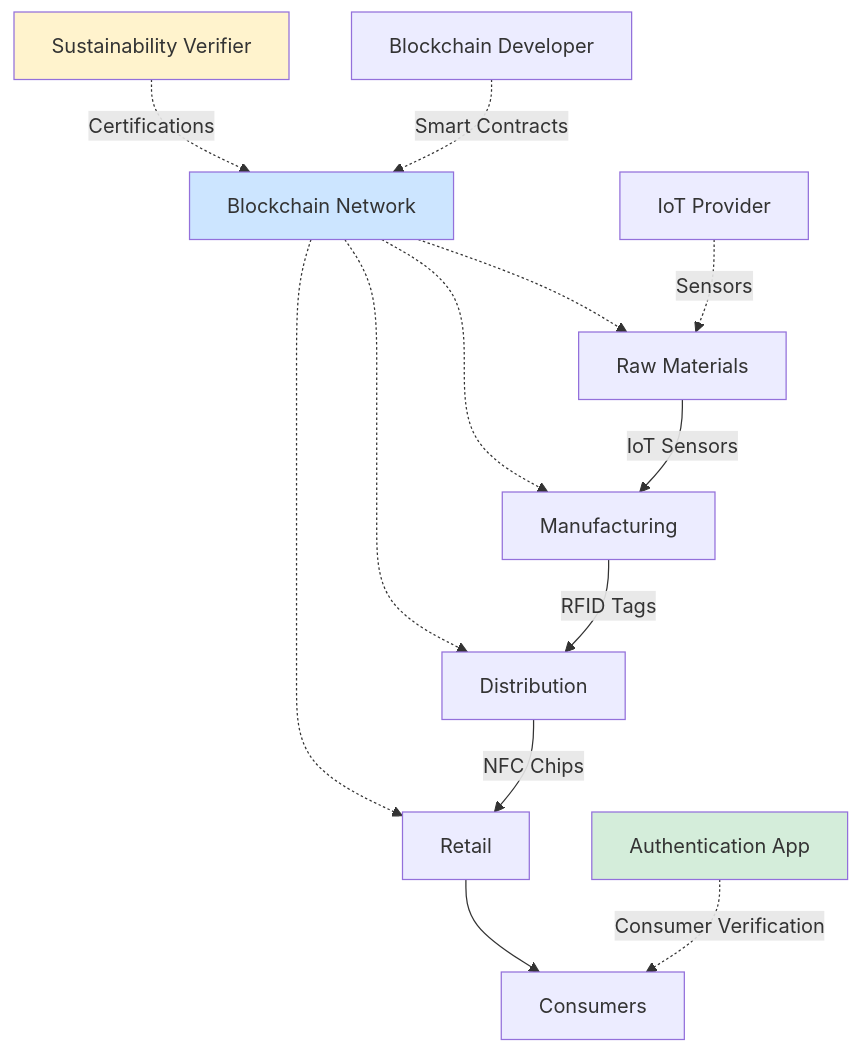
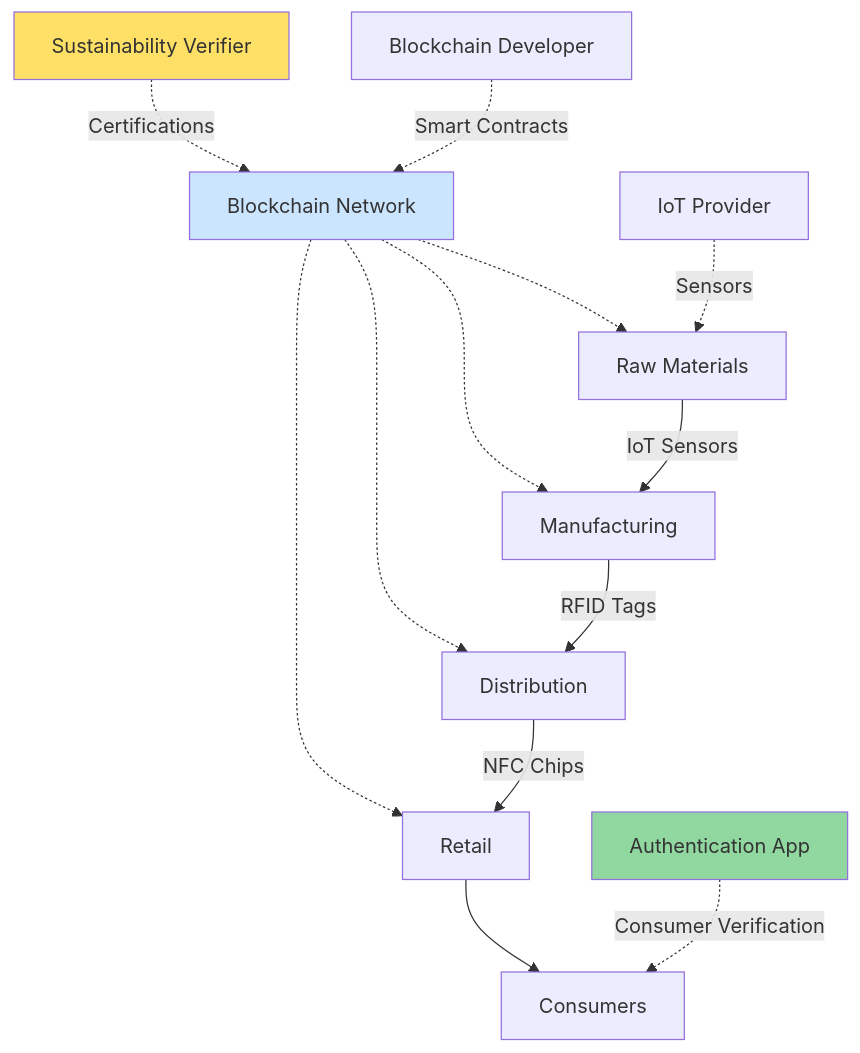
One commit to ljg-cqu/knowledge changed diagram 13 of 23 in Industry/Blockchain/Blockchain/ValueChain/QA_MistralAI.md. Above: the diagram before and after it, drawn with Mermaid. The commit also changed other lines of this file and 6 other files, not shown here.

````diff
--- a/Industry/Blockchain/Blockchain/ValueChain/QA_MistralAI.md
+++ b/Industry/Blockchain/Blockchain/ValueChain/QA_MistralAI.md
@@ -994,22 +994,22 @@
 ```mermaid
 graph TD
     A[Raw Materials] -->|IoT Sensors| B[Manufacturing]
     B -->|RFID Tags| C[Distribution]
     C -->|NFC Chips| D[Retail]
     D --> E[Consumers]
     
     F[Blockchain Network] -.-> A
     F -.-> B
     F -.-> C
     F -.-> D
     
     G[IoT Provider] -.->|Sensors| A
     H[Blockchain Developer] -.->|Smart Contracts| F
     I[Authentication App] -.->|Consumer Verification| E
     
     J[Sustainability Verifier] -.->|Certifications| F
     
     style F fill:#cce5ff
-    style I fill:#d4edda
-    style J fill:#fff3cd
+    style I fill:#90d7a0
+    style J fill:#ffe066
 ```
````
